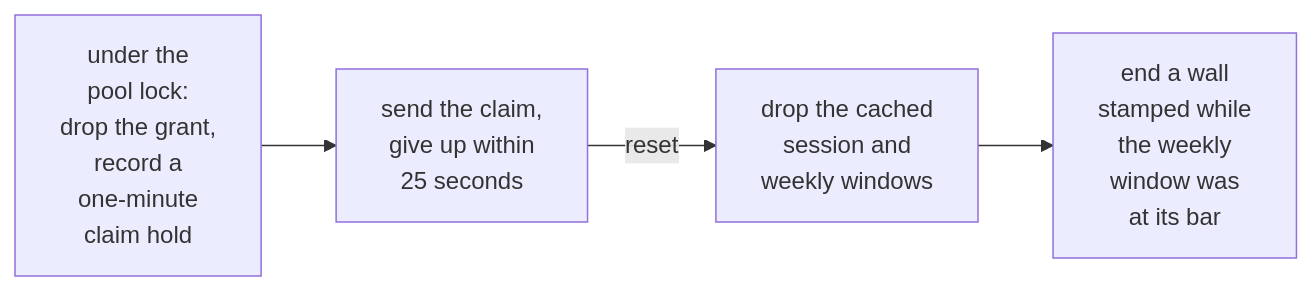
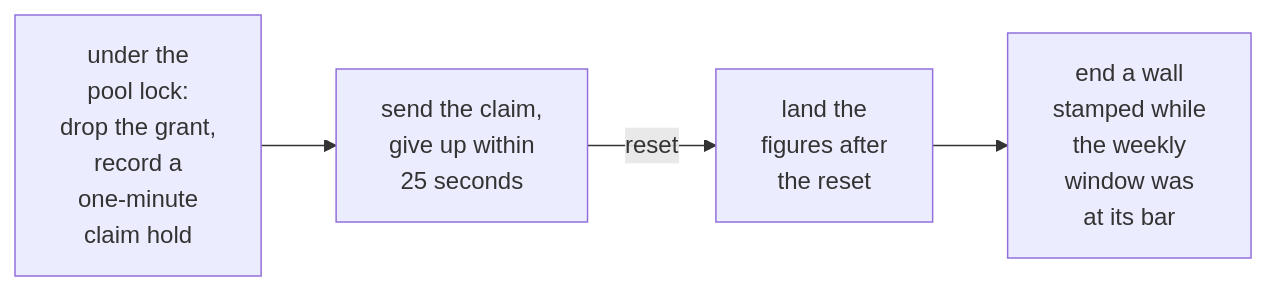
The sixth of 8 diagrams in docs/content/docs/switching.mdx (anaclumos/tokenmaxxing), drawn with Mermaid before and after one commit. The commit also changed other lines of this file and 13 other files, not shown here.

````diff
--- a/docs/content/docs/switching.mdx
+++ b/docs/content/docs/switching.mdx
@@ -295,6 +319,6 @@
 ```mermaid
 flowchart LR
   lock["under the<br/>pool lock:<br/>drop the grant,<br/>record a<br/>one-minute<br/>claim hold"] --> post["send the claim,<br/>give up within<br/>25 seconds"]
-  post -->|"reset"| reset["drop the cached<br/>session and<br/>weekly windows"]
+  post -->|"reset"| reset["land the<br/>figures after<br/>the reset"]
   reset --> wall["end a wall<br/>stamped while<br/>the weekly<br/>window was<br/>at its bar"]
 ```
````
